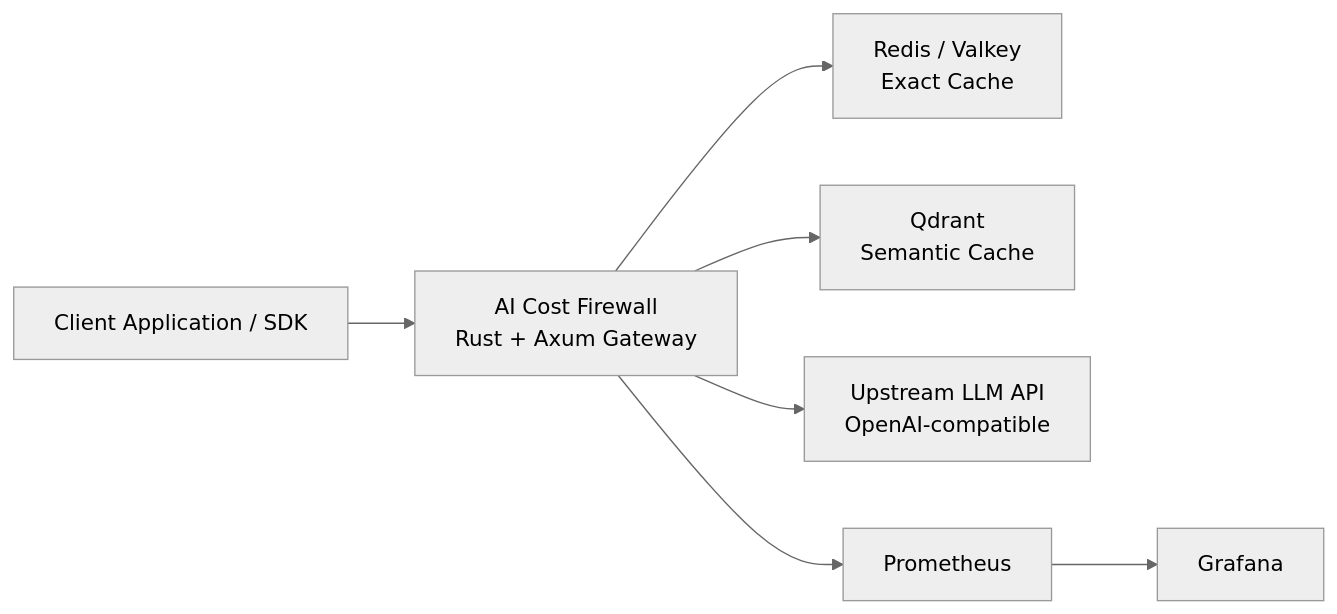
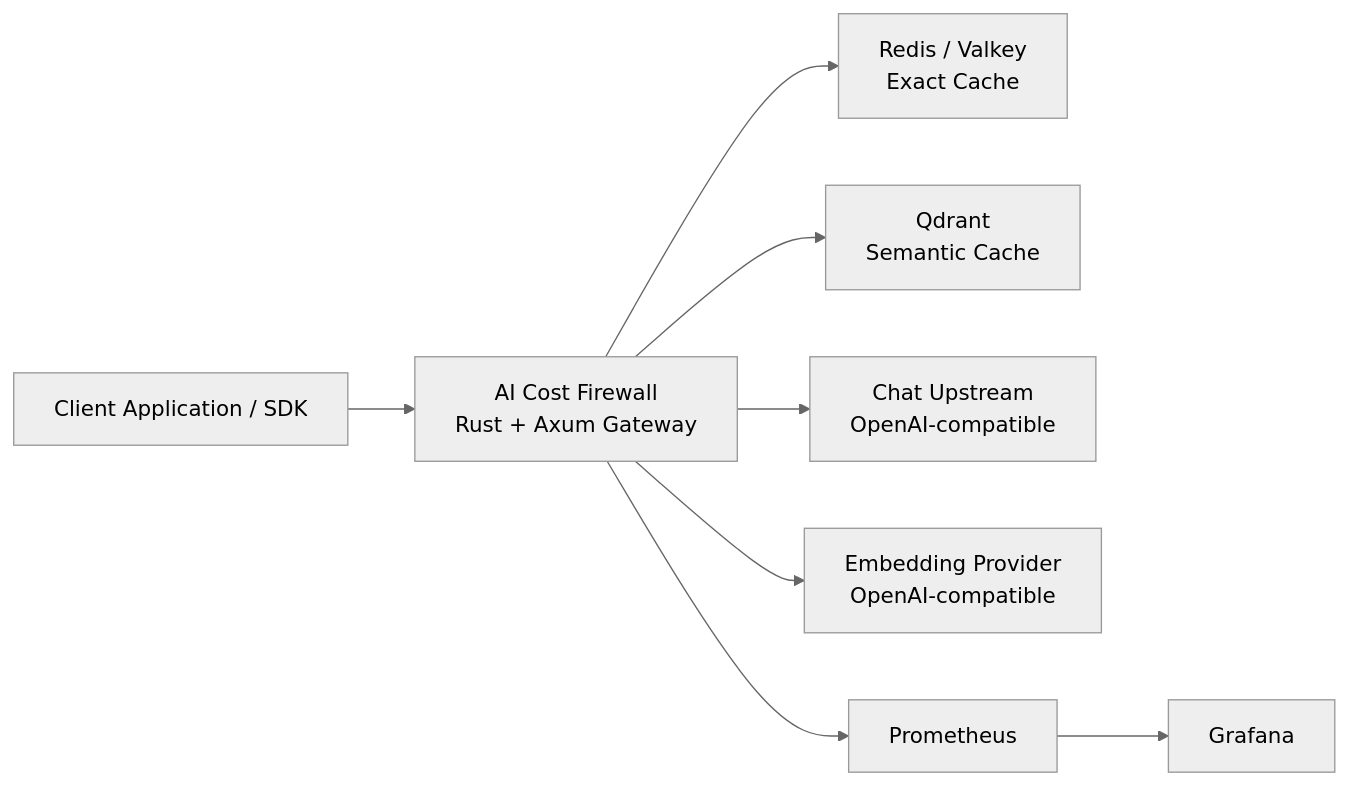
Before and after one commit to vcal-project/ai-firewall: the first of 4 diagrams in docs/architecture.md, drawn with Mermaid (neutral theme). The commit also changed other lines of this file and 6 other files, not shown here.

Commit message:
Document OpenAI-compatible provider hardening

````diff
--- a/docs/architecture.md
+++ b/docs/architecture.md
@@ -13,23 +13,25 @@
 ```mermaid
 flowchart LR
     Client[Client Application / SDK]
 
     Firewall[AI Cost Firewall<br/>Rust + Axum Gateway]
 
     Redis[Redis / Valkey<br/>Exact Cache]
     Qdrant[Qdrant<br/>Semantic Cache]
 
-    Upstream[Upstream LLM API<br/>OpenAI-compatible]
+    Upstream[Chat Upstream<br/>OpenAI-compatible]
+    Embedding[Embedding Provider<br/>OpenAI-compatible]
 
     Prom[Prometheus]
     Graf[Grafana]
 
     Client --> Firewall
 
     Firewall --> Redis
     Firewall --> Qdrant
     Firewall --> Upstream
+    Firewall --> Embedding
 
     Firewall --> Prom
     Prom --> Graf
 ```
````
